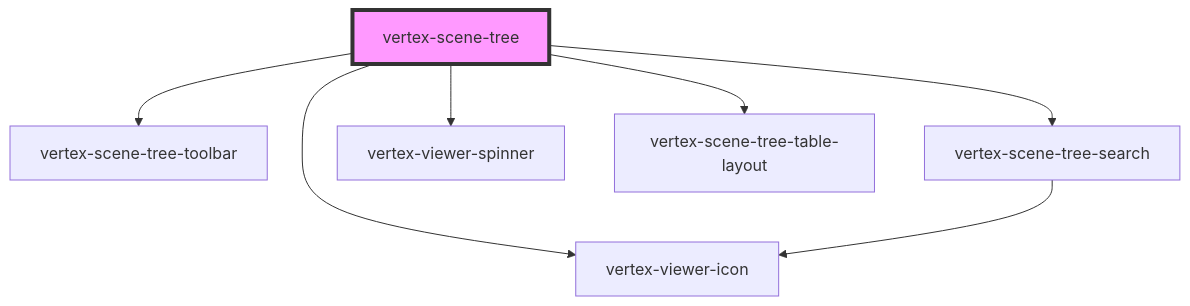
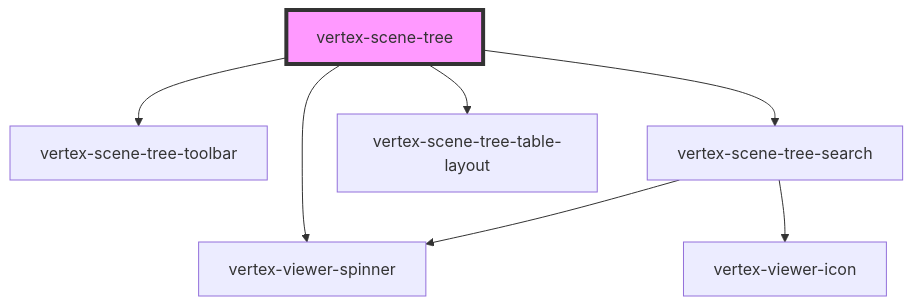
Before and after one commit to Vertexvis/vertex-web-sdk: the diagram in packages/viewer/src/components/scene-tree/readme.md, drawn with Mermaid. The commit also changed other lines of this file and 6 other files, not shown here.

````diff
--- a/packages/viewer/src/components/scene-tree/readme.md
+++ b/packages/viewer/src/components/scene-tree/readme.md
@@ -506,10 +505,10 @@
 ```mermaid
 graph TD;
   vertex-scene-tree --> vertex-scene-tree-toolbar
   vertex-scene-tree --> vertex-scene-tree-search
   vertex-scene-tree --> vertex-viewer-spinner
-  vertex-scene-tree --> vertex-viewer-icon
   vertex-scene-tree --> vertex-scene-tree-table-layout
+  vertex-scene-tree-search --> vertex-viewer-spinner
   vertex-scene-tree-search --> vertex-viewer-icon
   style vertex-scene-tree fill:#f9f,stroke:#333,stroke-width:4px
 ```
````
